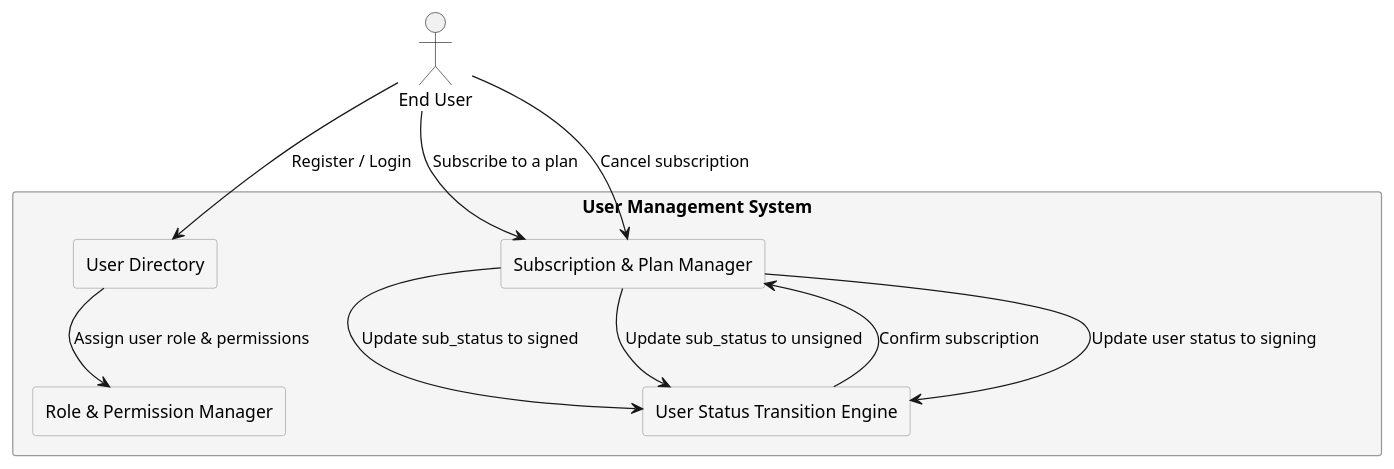
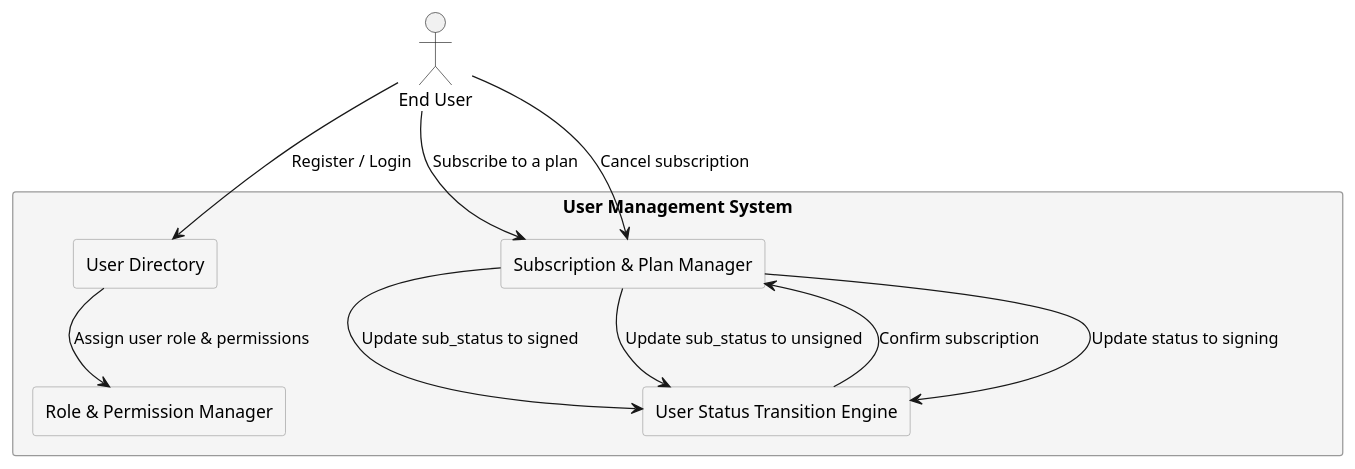
The diagram in docs/task1/architecture/user_management.md (Lamhita/doctest), drawn with PlantUML before and after one commit. The commit also changed other lines of this file and 42 other files, not shown here.

````diff
--- a/docs/task1/architecture/user_management.md
+++ b/docs/task1/architecture/user_management.md
@@ -97,26 +135,26 @@
 ```plantuml
 @startuml
 skinparam rectangle {
   BackgroundColor #F5F5F5
   BorderColor #999999
 }
 
 actor "End User" as EU
 rectangle "User Management System" as UMS {
   rectangle "User Directory" as UD
   rectangle "Role & Permission Manager" as RPM
   rectangle "Subscription & Plan Manager" as SPM
   rectangle "User Status Transition Engine" as USTE
 }
 
 EU --> UD : Register / Login
 UD --> RPM : Assign user role & permissions
 EU --> SPM : Subscribe to a plan
-SPM --> USTE : Update user status to signing
+SPM --> USTE : Update status to signing
 USTE --> SPM : Confirm subscription
 SPM --> USTE : Update sub_status to signed
 EU --> SPM : Cancel subscription
 SPM --> USTE : Update sub_status to unsigned
 
 @enduml
 ```
````
